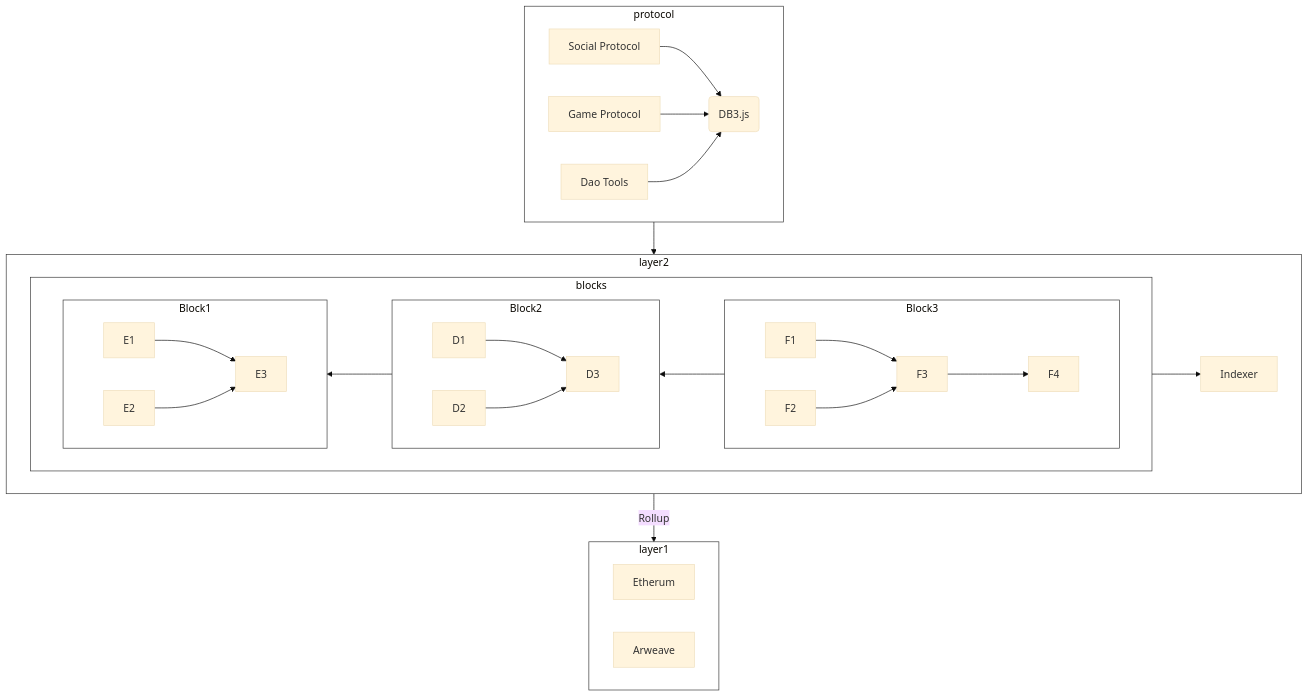
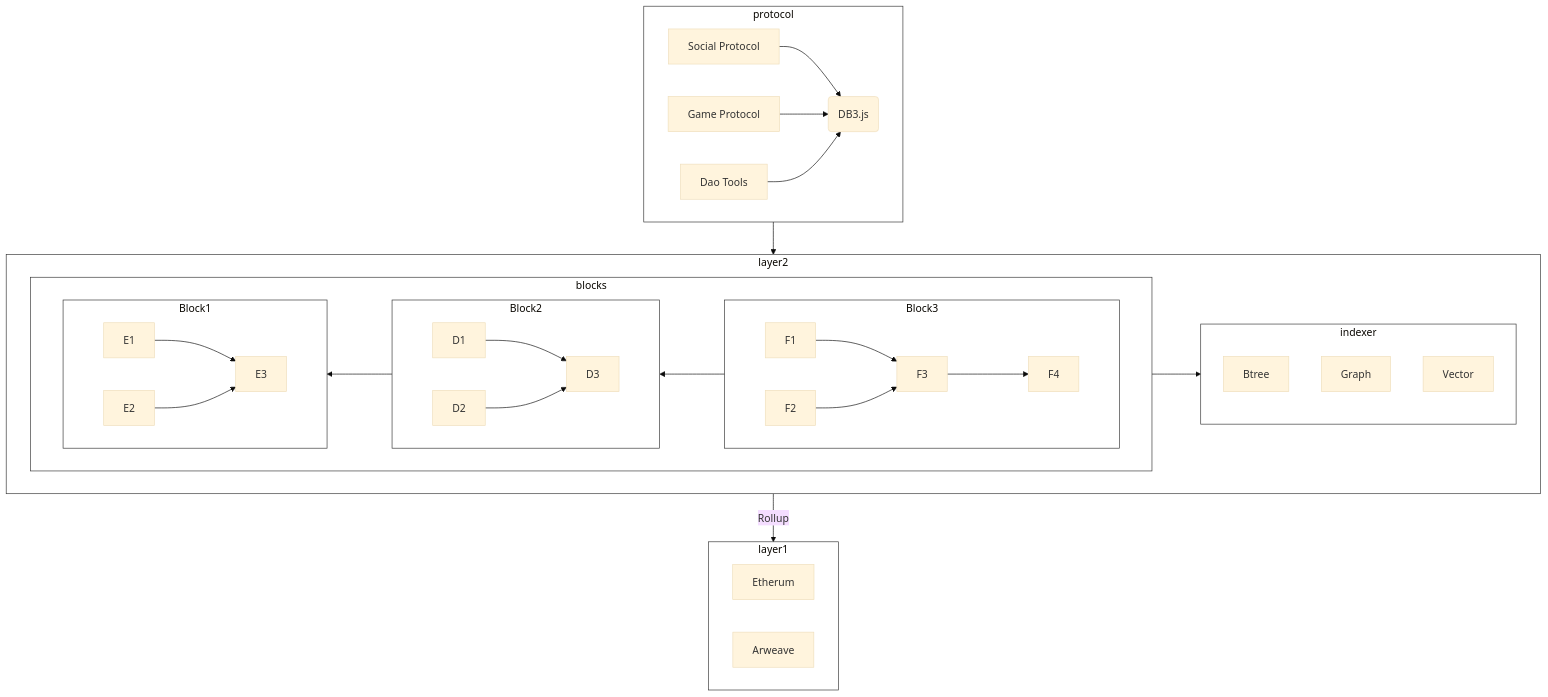
One commit to dbpunk-labs/DIPs changed the diagram in README.md. Above: the diagram before and after it, drawn with Mermaid (base theme). The commit also changed other lines of this file and 1 other file, not shown here.

````diff
--- a/README.md
+++ b/README.md
@@ -5,49 +7,55 @@
 ```mermaid
 graph TD
     subgraph protocol
         A[Social Protocol] --> SDK(DB3.js)
         B[Game Protocol] -->SDK(DB3.js)
         C[Dao Tools] --> SDK(DB3.js)
         style protocol fill:#fff,stroke:#333,stroke-width:1px
     end
 
     subgraph layer2
         subgraph blocks
             subgraph Block1
                 direction LR
                 E1 --> E3
                 E2 --> E3
                 style Block1 fill:#fff,stroke:#333,stroke-width:1px
             end
             subgraph Block2
                 direction LR
                 D1 --> D3
                 D2 --> D3
                 style Block2 fill:#fff,stroke:#333,stroke-width:1px
             end
             subgraph Block3
                 direction LR
                 F1 --> F3
                 F2 --> F3
                 F3 --> F4
                 style Block3 fill:#fff,stroke:#333,stroke-width:1px
             end
             Block2 --> Block1
             Block3 --> Block2
             direction RL
             style blocks fill:#fff,stroke:#333,stroke-width:1px
         end
-        blocks --> Indexer
+        subgraph indexer
+            Btree
+            Graph
+            Vector
+            style indexer fill:#fff,stroke:#333,stroke-width:1px
+        end
+        blocks --> indexer
         style layer2 fill:#fff,stroke:#333,stroke-width:1px
         direction LR
     end
 
     subgraph layer1
         Etherum
         Arweave
         style layer1 fill:#fff,stroke:#333,stroke-width:1px
     end
 
     protocol --> layer2
     layer2 --> |Rollup|layer1
 ```
````
